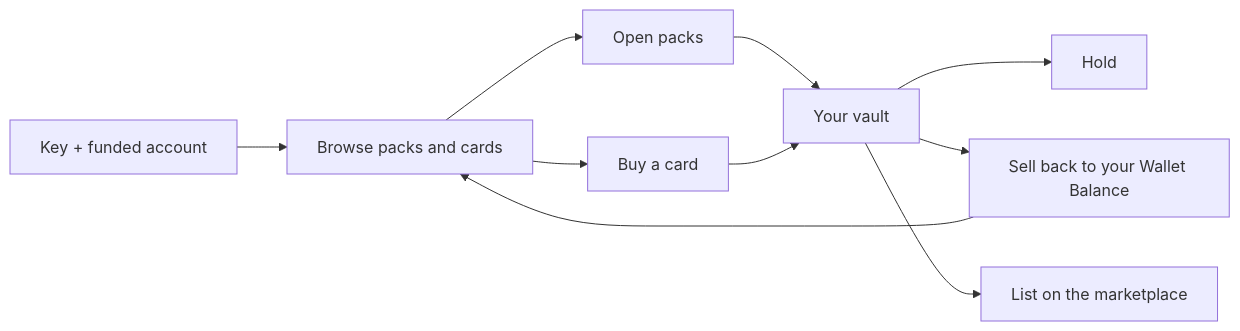
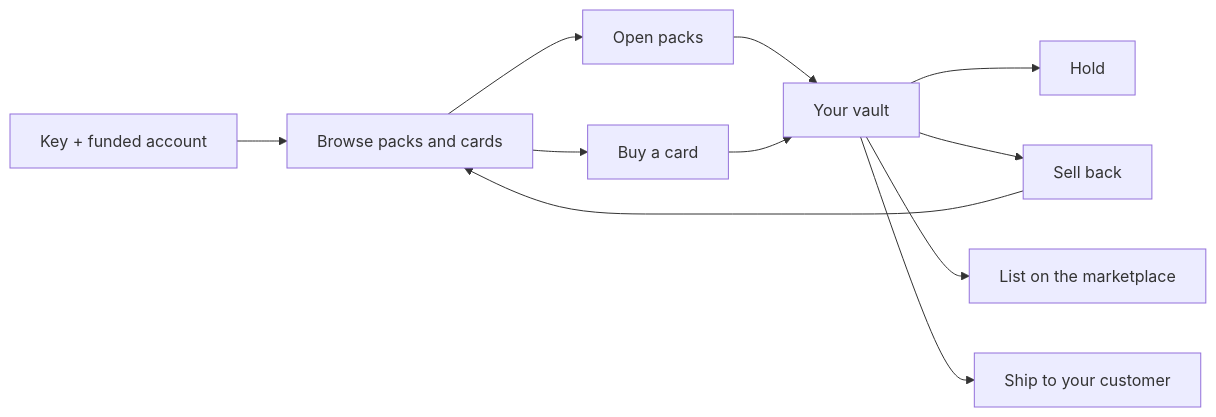
One commit to josephhhzhanggg/catchback-docs changed the diagram in partner-api/how-it-works.mdx. Above: the diagram before and after it, drawn with Mermaid. The commit also changed other lines of this file and 7 other files, not shown here.

````diff
--- a/partner-api/how-it-works.mdx
+++ b/partner-api/how-it-works.mdx
@@ -8,12 +8,13 @@
 ```mermaid
 flowchart LR
   A[Key + funded account] --> B[Browse packs and cards]
   B --> C[Open packs]
   B --> D[Buy a card]
   C --> E[Your vault]
   D --> E
   E --> F[Hold]
-  E --> G[Sell back to your Wallet Balance]
+  E --> G[Sell back]
   E --> H[List on the marketplace]
+  E --> I[Ship to your customer]
   G --> B
 ```
````
